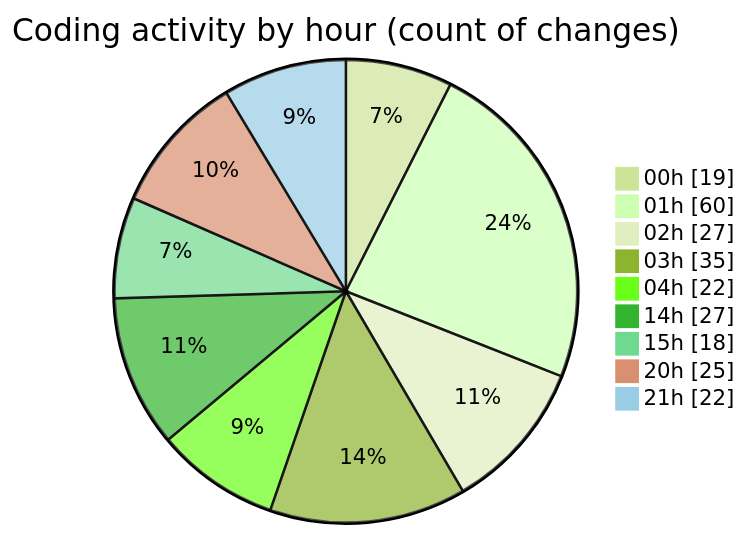
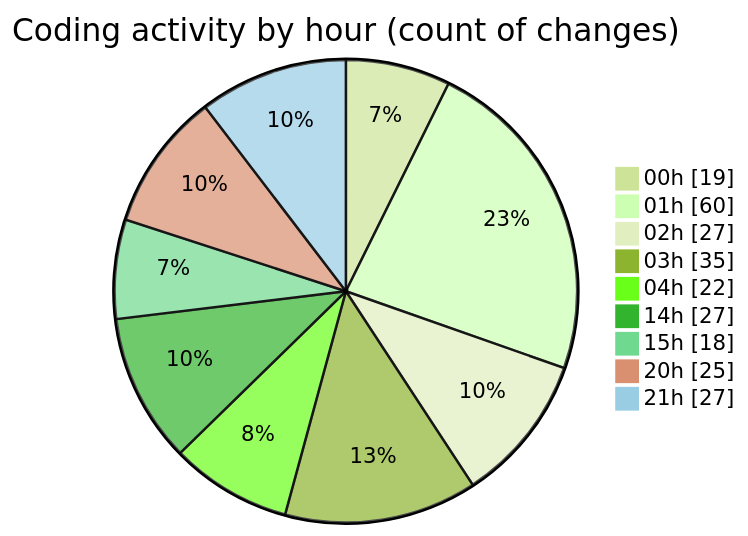
Before and after one commit to lephambinh05/code-tracking: the second of 2 diagrams in 2025-07-25/quanlyrapchieuphim-1/README.md, drawn with Mermaid (forest theme). The commit also changed other lines of this file and 1 other file, not shown here.

````diff
--- a/2025-07-25/quanlyrapchieuphim-1/README.md
+++ b/2025-07-25/quanlyrapchieuphim-1/README.md
@@ -50,13 +50,13 @@
 ```mermaid
 pie showData
 title Coding activity by hour (count of changes)
 "00h" : 19
 "01h" : 60
 "02h" : 27
 "03h" : 35
 "04h" : 22
 "14h" : 27
 "15h" : 18
 "20h" : 25
-"21h" : 22
+"21h" : 27
 ```
````
